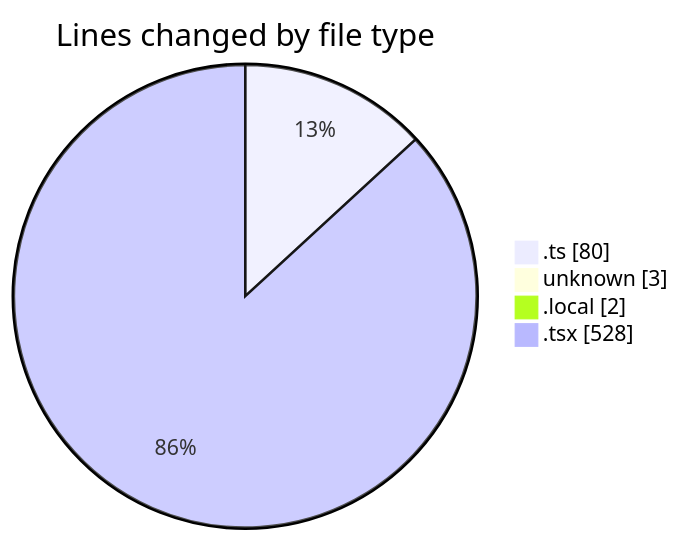
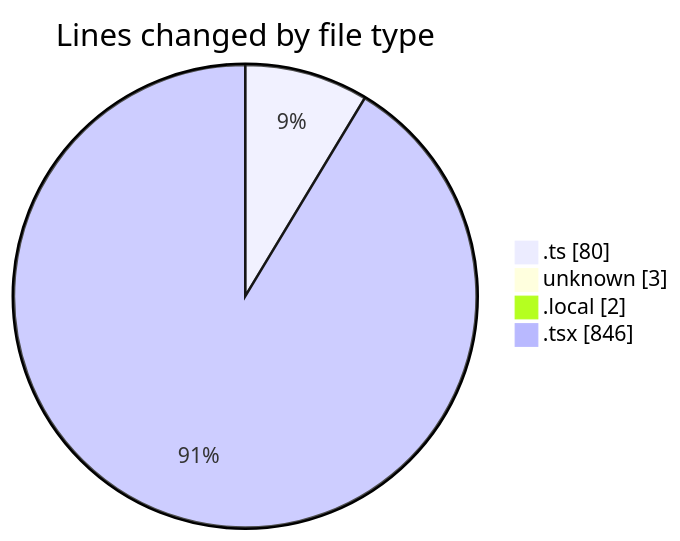
One commit to JenPaints/code-tracking changed the first of 2 diagrams in 2025-06-21/archive/README.md. Above: the diagram before and after it, drawn with Mermaid. The commit also changed other lines of this file and 1 other file, not shown here.

````diff
--- a/2025-06-21/archive/README.md
+++ b/2025-06-21/archive/README.md
@@ -24,8 +25,8 @@
 ```mermaid
 pie showData
 title Lines changed by file type
 ".ts" : 80
 "unknown" : 3
 ".local" : 2
-".tsx" : 528
+".tsx" : 846
 ```
````
